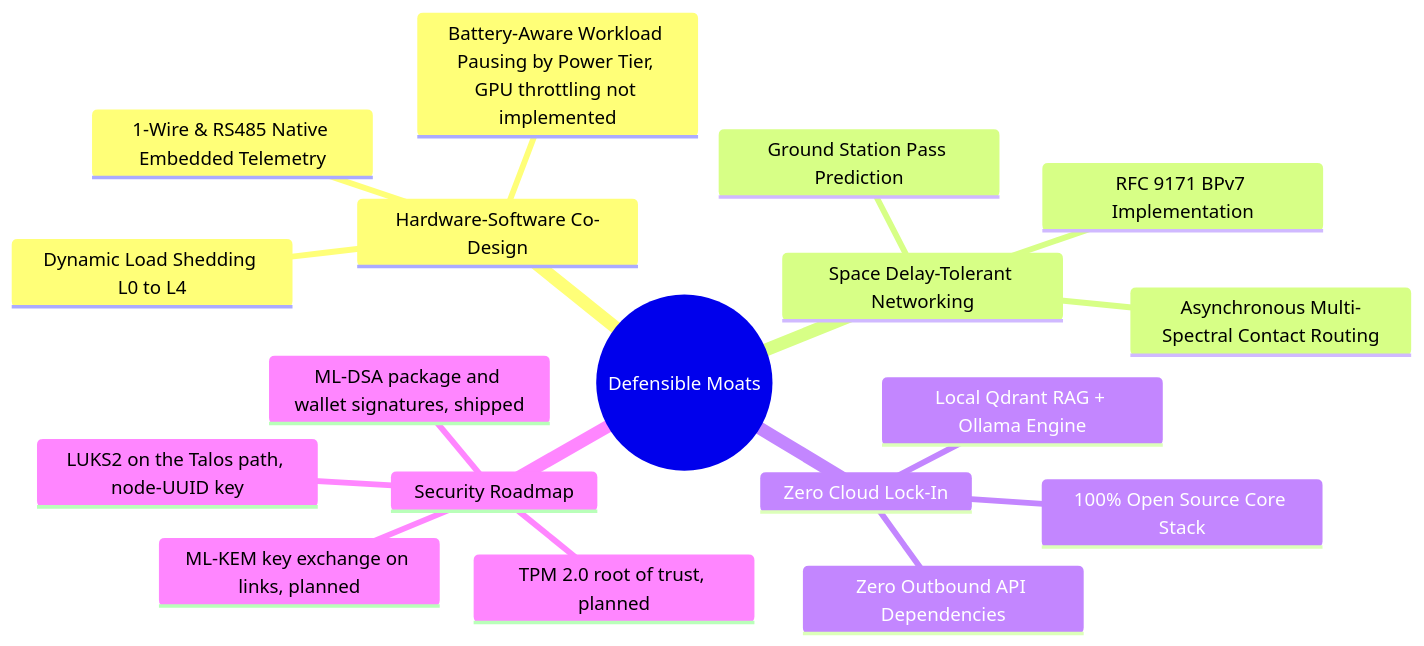
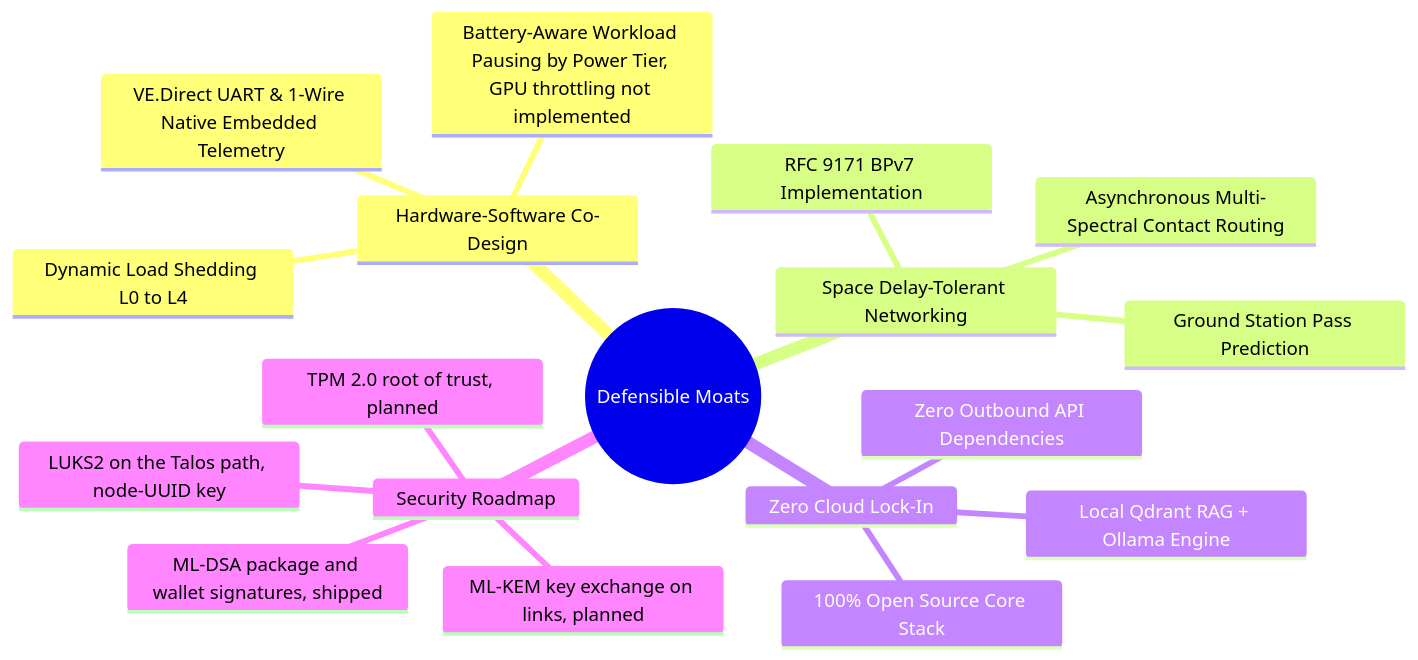
Before and after one commit to iliachry/sovereign-mini-datacenter: the fifth of 5 diagrams in COMMERCIALIZATION.md, drawn with Mermaid. The commit also changed other lines of this file and 7 other files, not shown here.

````diff
--- a/COMMERCIALIZATION.md
+++ b/COMMERCIALIZATION.md
@@ -180,21 +180,21 @@
 ```mermaid
 mindmap
   root((Defensible Moats))
     Hardware-Software Co-Design
       Dynamic Load Shedding L0 to L4
       Battery-Aware Workload Pausing by Power Tier, GPU throttling not implemented
-      1-Wire & RS485 Native Embedded Telemetry
+      VE.Direct UART & 1-Wire Native Embedded Telemetry
     Space Delay-Tolerant Networking
       RFC 9171 BPv7 Implementation
       Ground Station Pass Prediction
       Asynchronous Multi-Spectral Contact Routing
     Zero Cloud Lock-In
       100% Open Source Core Stack
       Local Qdrant RAG + Ollama Engine
       Zero Outbound API Dependencies
     Security Roadmap
       ML-DSA package and wallet signatures, shipped
       TPM 2.0 root of trust, planned
       ML-KEM key exchange on links, planned
       LUKS2 on the Talos path, node-UUID key
 ```
````
